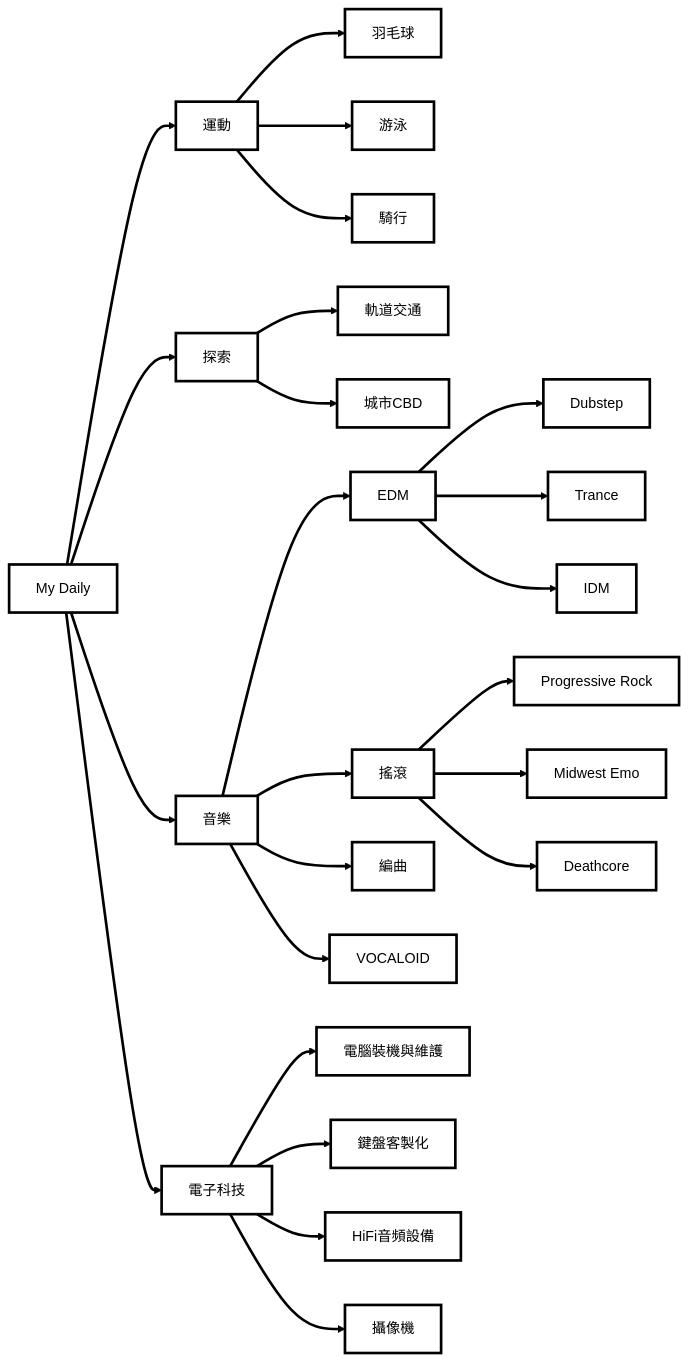
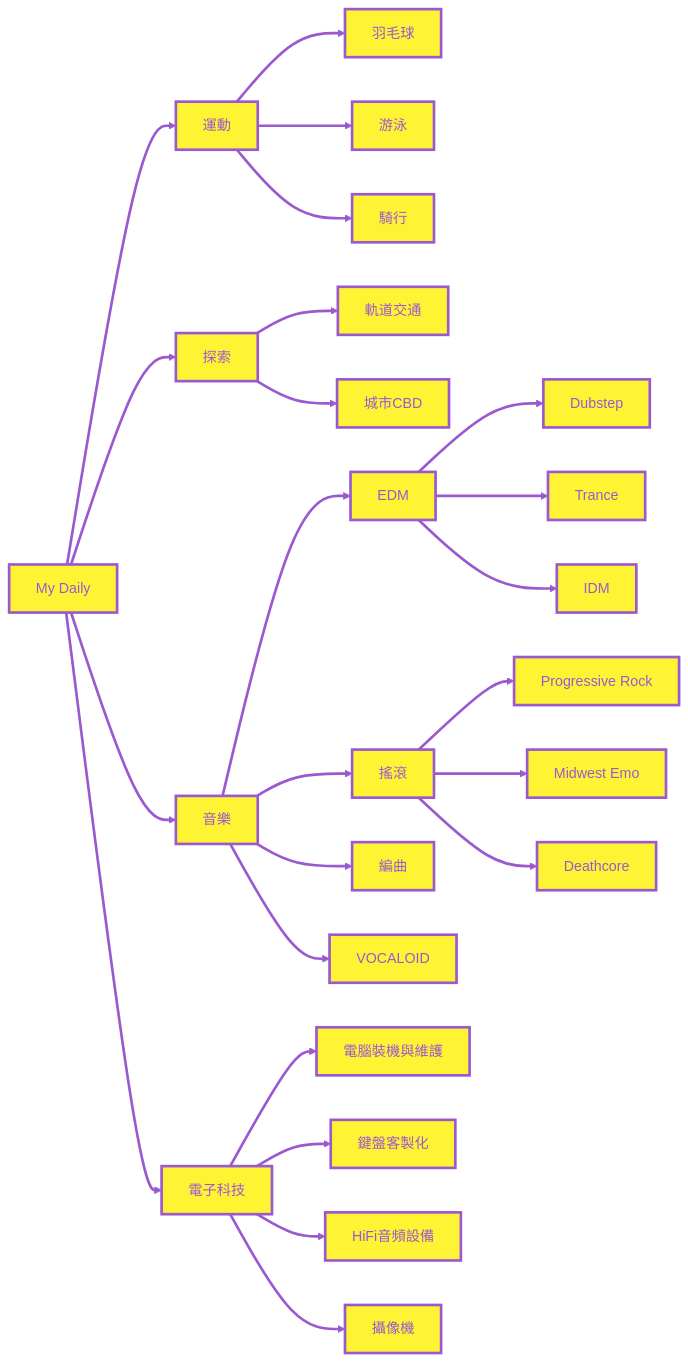
The diagram in README.md (QinAnze/QinAnze), drawn with Mermaid before and after one commit.

Commit message:
Update mermaid diagram colors to yellow and purple theme

````diff
--- a/README.md
+++ b/README.md
@@ -57,30 +57,30 @@
 ```mermaid
 %%{init: {'theme': 'base', 'themeVariables': {'primaryColor': '#ffffff', 'primaryTextColor': '#000000', 'primaryBorderColor': '#000000', 'lineColor': '#000000', 'background': '#ffffff', 'mainBkg': '#ffffff', 'borderRadius': 0}}}%%
 flowchart LR
-    classDef default fill:#fff,stroke:#000,stroke-width:3px,color:#000;
-    linkStyle default stroke:#000,stroke-width:3px;
+    classDef default fill:#fff433,stroke:#9b59d0,stroke-width:3px,color:#9b59d0;
+    linkStyle default stroke:#9b59d0,stroke-width:3px;
     A[My Daily]
     A --> B[運動]
     A --> C[探索]
     A --> D[音樂]
     A --> E[電子科技]
     B --> B1[羽毛球]
     B --> B2[游泳]
     B --> B3[騎行]
     C --> C1[軌道交通]
     C --> C2[城市CBD]
     D --> D1[EDM]
     D --> D2[搖滾]
     D --> D3[編曲]
     D --> D4[VOCALOID]
     D1 --> D1A[Dubstep]
     D1 --> D1B[Trance]
     D1 --> D1C[IDM]
     D2 --> D2A[Progressive Rock]
     D2 --> D2B[Midwest Emo]
     D2 --> D2C[Deathcore]
     E --> E1[電腦裝機與維護]
     E --> E2[鍵盤客製化]
     E --> E3[HiFi音頻設備]
     E --> E4[攝像機]
 ```
````
